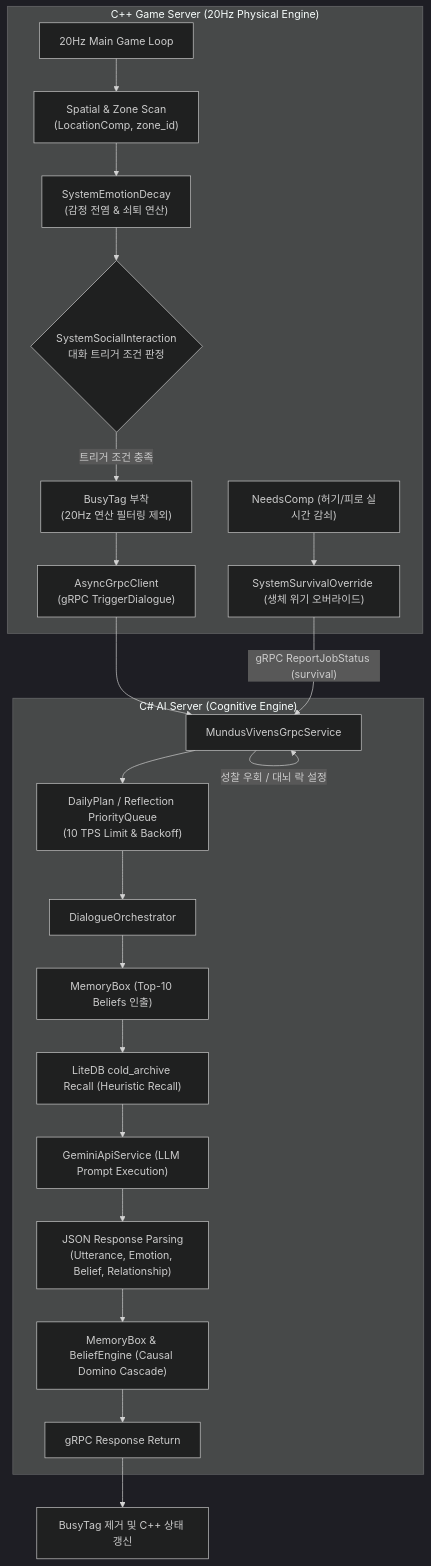
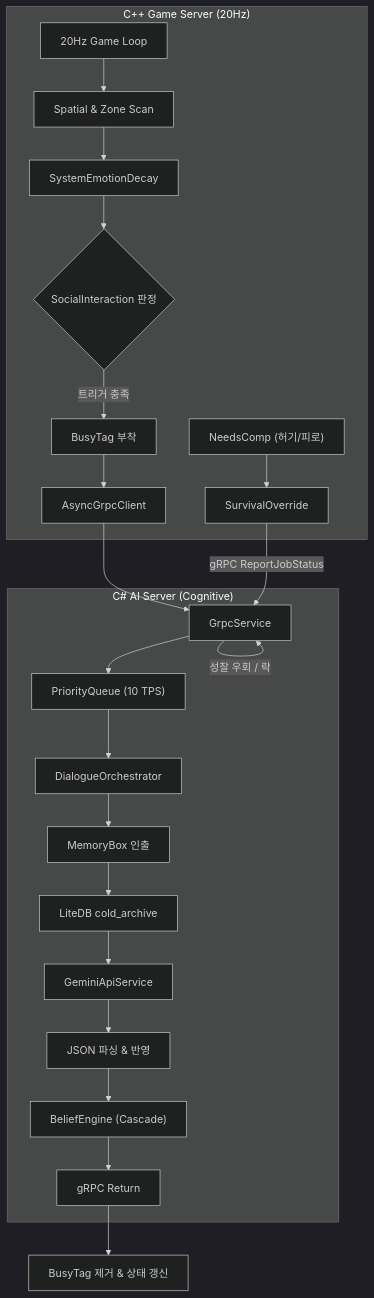
Before and after one commit to jin20203458/Obsidian.Agent: the first of 4 diagrams in MundusVivens/docs/02_agent_design.md, drawn with Mermaid (dark theme). The commit also changed other lines of this file, not shown here.

Commit message:
docs: compact all Mermaid diagrams (architecture, dialogue pipeline) for GitHub viewport

````diff
--- a/MundusVivens/docs/02_agent_design.md
+++ b/MundusVivens/docs/02_agent_design.md
@@ -18,30 +18,30 @@
 ```mermaid
 flowchart TD
-    subgraph CPP ["C++ Game Server (20Hz Physical Engine)"]
-        Physics["20Hz Main Game Loop"] --> ZoneScan["Spatial & Zone Scan<br/>(LocationComp, zone_id)"]
-        ZoneScan --> Contagion["SystemEmotionDecay<br/>(감정 전염 & 쇠퇴 연산)"]
-        Contagion --> InteractionCheck{"SystemSocialInteraction<br/>대화 트리거 조건 판정"}
-        InteractionCheck -- "트리거 조건 충족" --> AttachBusy["BusyTag 부착<br/>(20Hz 연산 필터링 제외)"]
-        AttachBusy --> AsyncGrpc["AsyncGrpcClient<br/>(gRPC TriggerDialogue)"]
+    subgraph CPP ["C++ Game Server (20Hz)"]
+        Physics["20Hz Game Loop"] --> ZoneScan["Spatial & Zone Scan"]
+        ZoneScan --> Contagion["SystemEmotionDecay"]
+        Contagion --> InteractionCheck{"SocialInteraction 판정"}
+        InteractionCheck -- "트리거 충족" --> AttachBusy["BusyTag 부착"]
+        AttachBusy --> AsyncGrpc["AsyncGrpcClient"]
         
-        Needs["NeedsComp (허기/피로 실시간 감쇠)"] --> Survival["SystemSurvivalOverride (생체 위기 오버라이드)"]
+        Needs["NeedsComp (허기/피로)"] --> Survival["SurvivalOverride"]
     end
 
-    subgraph CS ["C# AI Server (Cognitive Engine)"]
-        AsyncGrpc --> GrpcEndpoint["MundusVivensGrpcService"]
-        GrpcEndpoint --> Queue["DailyPlan / Reflection PriorityQueue<br/>(10 TPS Limit & Backoff)"]
+    subgraph CS ["C# AI Server (Cognitive)"]
+        AsyncGrpc --> GrpcEndpoint["GrpcService"]
+        GrpcEndpoint --> Queue["PriorityQueue (10 TPS)"]
         Queue --> Orchestrator["DialogueOrchestrator"]
         
-        Orchestrator --> MemRetrieve["MemoryBox (Top-10 Beliefs 인출)"]
-        MemRetrieve --> Recall["LiteDB cold_archive Recall (Heuristic Recall)"]
-        Recall --> LLMCall["GeminiApiService (LLM Prompt Execution)"]
-        LLMCall --> ResponseParse["JSON Response Parsing<br/>(Utterance, Emotion, Belief, Relationship)"]
-        ResponseParse --> BeliefUpdate["MemoryBox & BeliefEngine (Causal Domino Cascade)"]
-        BeliefUpdate --> ReturnGrpc["gRPC Response Return"]
+        Orchestrator --> MemRetrieve["MemoryBox 인출"]
+        MemRetrieve --> Recall["LiteDB cold_archive"]
+        Recall --> LLMCall["GeminiApiService"]
+        LLMCall --> ResponseParse["JSON 파싱 & 반영"]
+        ResponseParse --> BeliefUpdate["BeliefEngine (Cascade)"]
+        BeliefUpdate --> ReturnGrpc["gRPC Return"]
         
-        Survival -->|"gRPC ReportJobStatus (survival)"| GrpcEndpoint
-        GrpcEndpoint -->|"성찰 우회 / 대뇌 락 설정"| GrpcEndpoint
+        Survival -->|"gRPC ReportJobStatus"| GrpcEndpoint
+        GrpcEndpoint -->|"성찰 우회 / 락"| GrpcEndpoint
     end
 
-    ReturnGrpc --> DetachBusy["BusyTag 제거 및 C++ 상태 갱신"]
+    ReturnGrpc --> DetachBusy["BusyTag 제거 & 상태 갱신"]
 ```
````
